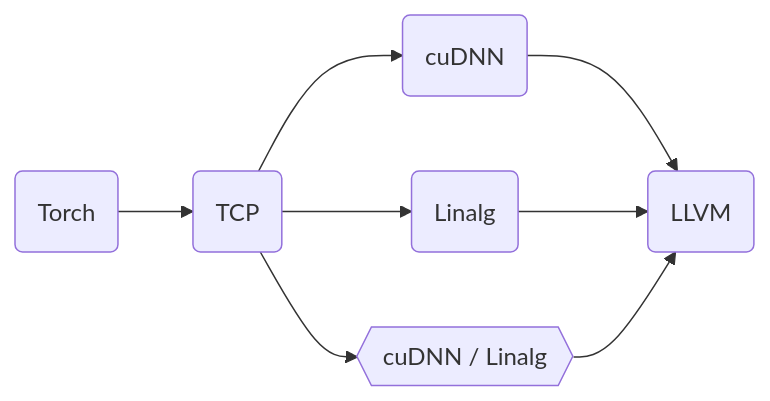
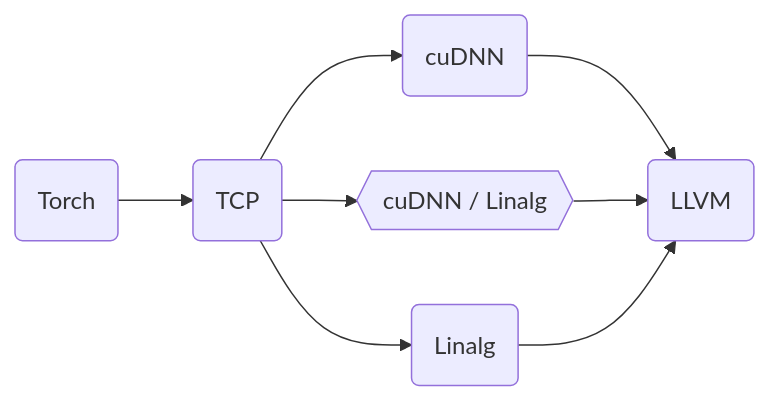
The fourth of 4 diagrams in README.md (jpienaar/mlirbcc), drawn with Mermaid before and after one commit.

````diff
--- a/README.md
+++ b/README.md
@@ -95,6 +95,6 @@
 ```mermaid
 flowchart LR
     id1(Torch) --> id2(TCP) --> id3(cuDNN) --> id4(LLVM);
-    id2 --> id5(Linalg) --> id4;
-    id2 --> id6{{cuDNN / Linalg}} --> id4;    
+    id2 --> id6{{cuDNN / Linalg}} --> id4;      
+    id2 --> id5(Linalg) --> id4;  
 ```
````
